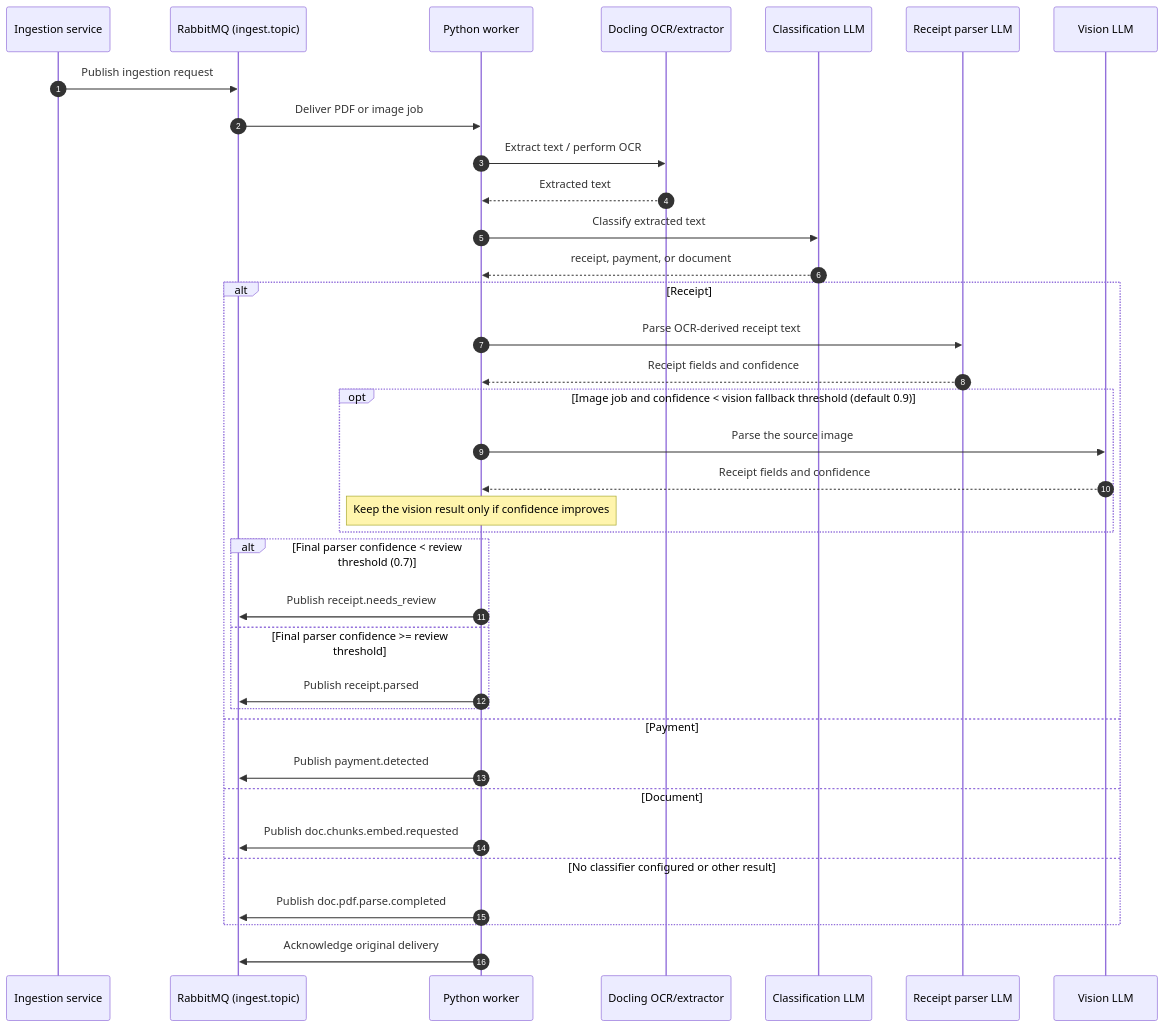
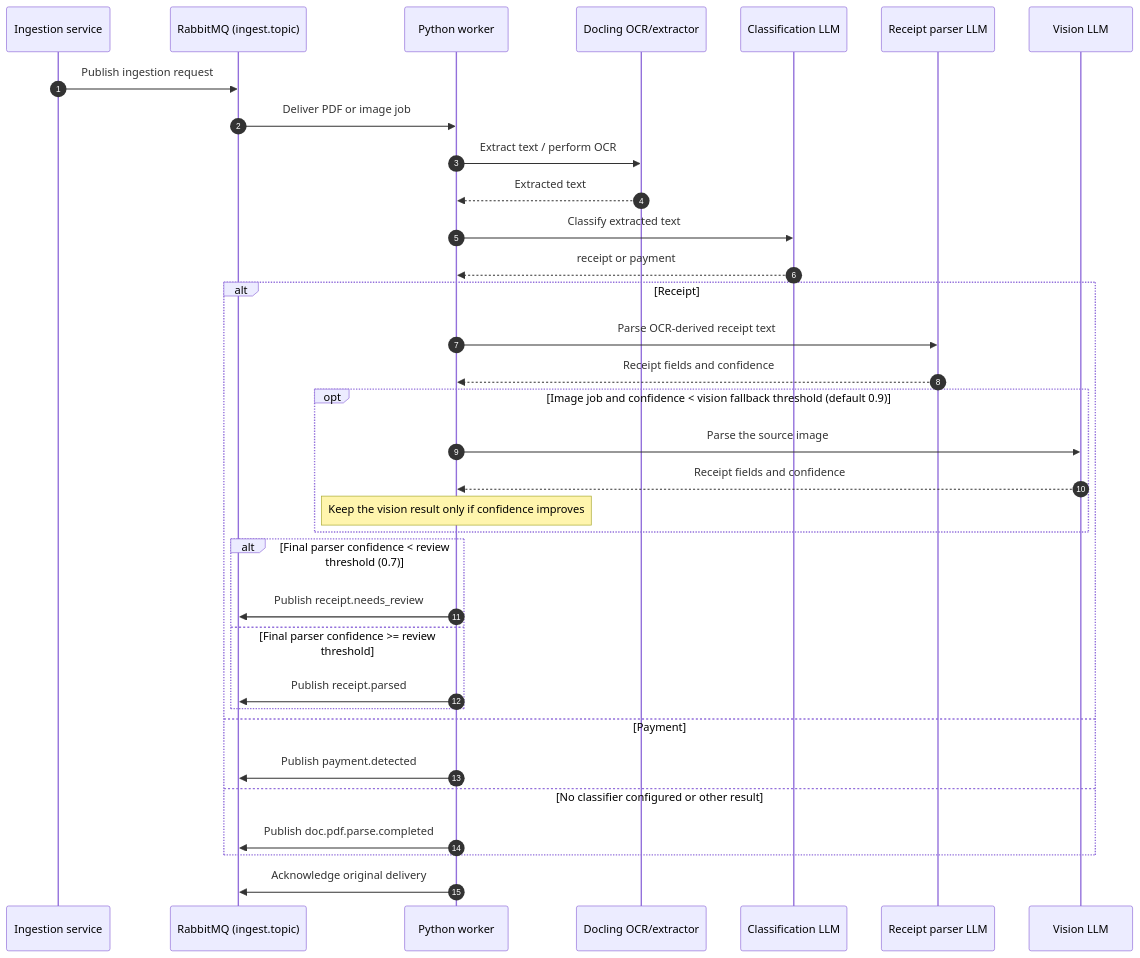
One commit to dunglucbac/rag-chatbot changed the diagram in python-worker/README.md. Above: the diagram before and after it, drawn with Mermaid. The commit also changed other lines of this file and 10 other files, not shown here.

````diff
--- a/python-worker/README.md
+++ b/python-worker/README.md
@@ -89,41 +87,39 @@
 ```mermaid
 sequenceDiagram
     autonumber
     participant Producer as Ingestion service
     participant RabbitMQ as RabbitMQ (ingest.topic)
     participant Worker as Python worker
     participant Docling as Docling OCR/extractor
     participant Classifier as Classification LLM
     participant Parser as Receipt parser LLM
     participant Vision as Vision LLM
 
     Producer->>RabbitMQ: Publish ingestion request
     RabbitMQ->>Worker: Deliver PDF or image job
     Worker->>Docling: Extract text / perform OCR
     Docling-->>Worker: Extracted text
     Worker->>Classifier: Classify extracted text
-    Classifier-->>Worker: receipt, payment, or document
+    Classifier-->>Worker: receipt or payment
 
     alt Receipt
         Worker->>Parser: Parse OCR-derived receipt text
         Parser-->>Worker: Receipt fields and confidence
         opt Image job and confidence < vision fallback threshold (default 0.9)
             Worker->>Vision: Parse the source image
             Vision-->>Worker: Receipt fields and confidence
             Note over Worker: Keep the vision result only if confidence improves
         end
         alt Final parser confidence < review threshold (0.7)
             Worker->>RabbitMQ: Publish receipt.needs_review
         else Final parser confidence >= review threshold
             Worker->>RabbitMQ: Publish receipt.parsed
         end
     else Payment
         Worker->>RabbitMQ: Publish payment.detected
-    else Document
-        Worker->>RabbitMQ: Publish doc.chunks.embed.requested
     else No classifier configured or other result
         Worker->>RabbitMQ: Publish doc.pdf.parse.completed
     end
 
     Worker->>RabbitMQ: Acknowledge original delivery
 ```
````
